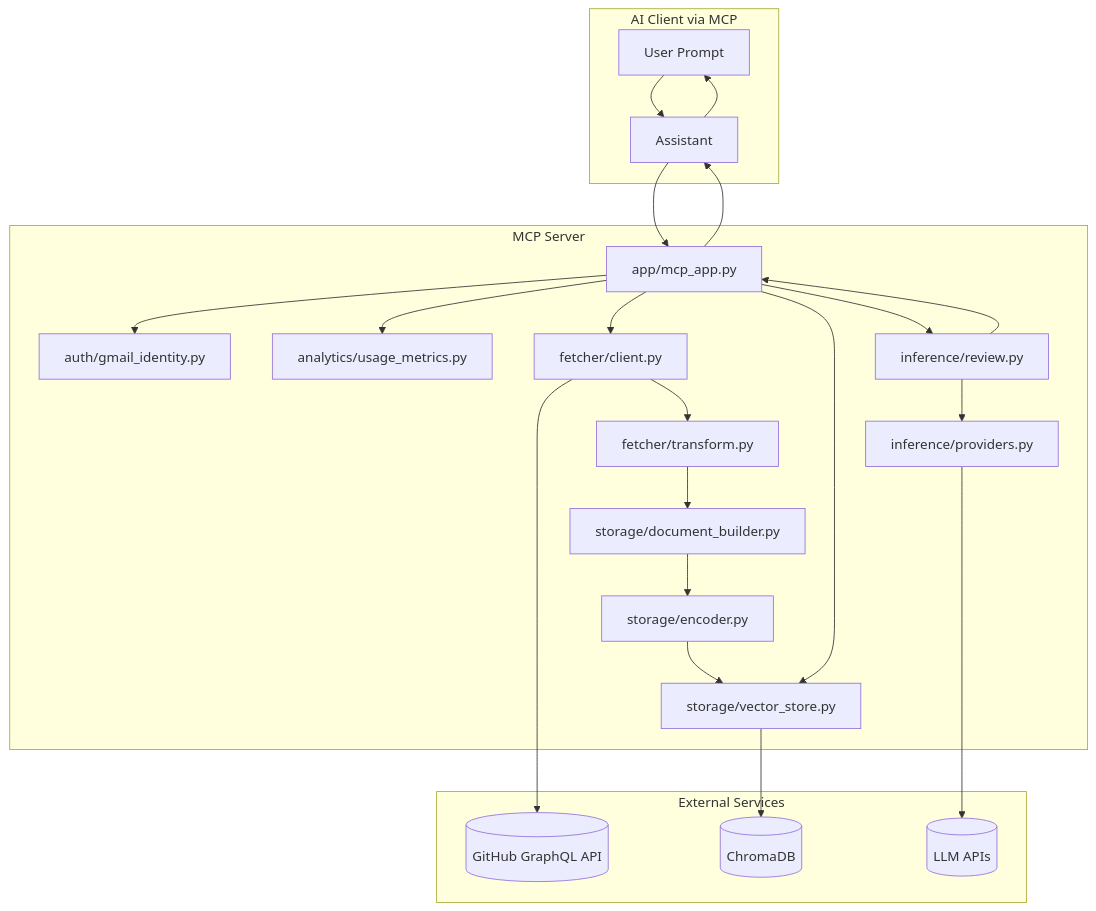
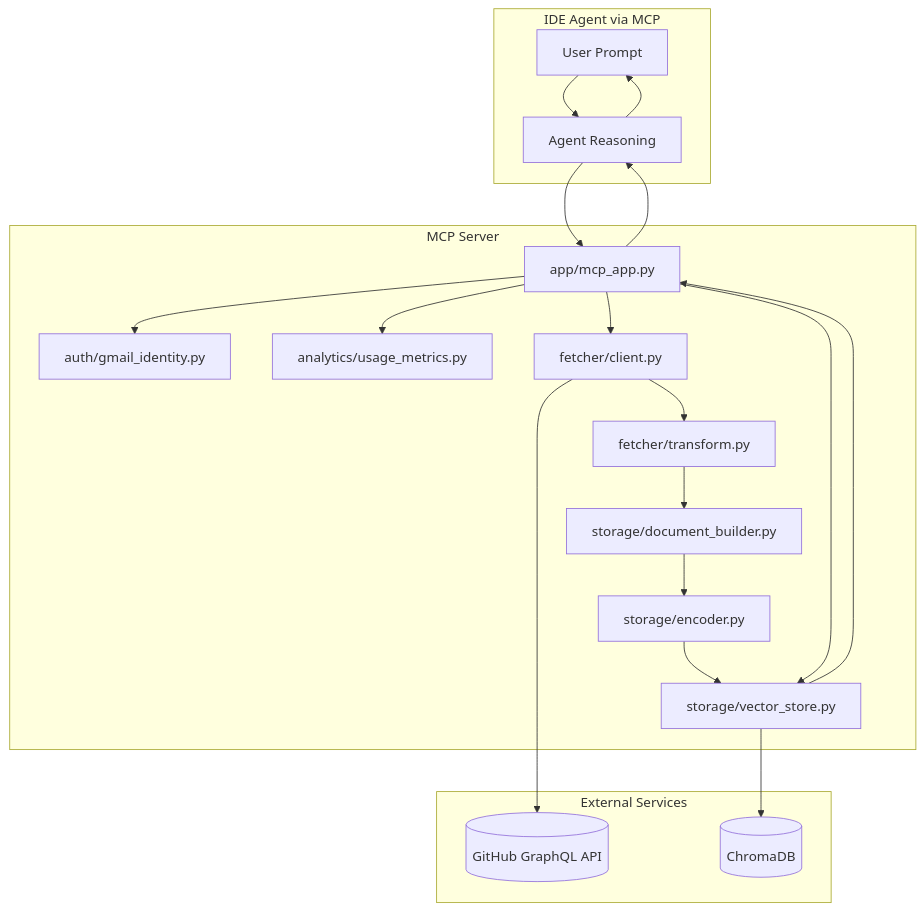
One commit to paarths-collab/github-pr-context-mcp changed the first of 3 diagrams in docs/architecture.md. Above: the diagram before and after it, drawn with Mermaid. The commit also changed other lines of this file and 25 other files, not shown here.

````diff
--- a/docs/architecture.md
+++ b/docs/architecture.md
@@ -46,35 +46,31 @@
 ```mermaid
 flowchart TB
-    subgraph Client["AI Client via MCP"]
+    subgraph Client["IDE Agent via MCP"]
         U[User Prompt]
-        A[Assistant]
+        A[Agent Reasoning]
     end
 
     subgraph Server["MCP Server"]
         S["app/mcp_app.py"]
         AU["auth/gmail_identity.py"]
         AN["analytics/usage_metrics.py"]
         F["fetcher/client.py"]
         T["fetcher/transform.py"]
         D["storage/document_builder.py"]
         E["storage/encoder.py"]
         V["storage/vector_store.py"]
-        R["inference/review.py"]
-        P["inference/providers.py"]
     end
 
     subgraph External["External Services"]
         GH[(GitHub GraphQL API)]
         DB[(ChromaDB)]
-        LLM[(LLM APIs)]
     end
 
     U --> A --> S
     S --> AU
     S --> AN
     S --> F --> GH
     F --> T --> D --> E --> V --> DB
     S --> V
-    S --> R --> P --> LLM
-    R --> S --> A --> U
+    V --> S --> A --> U
 ```
````
